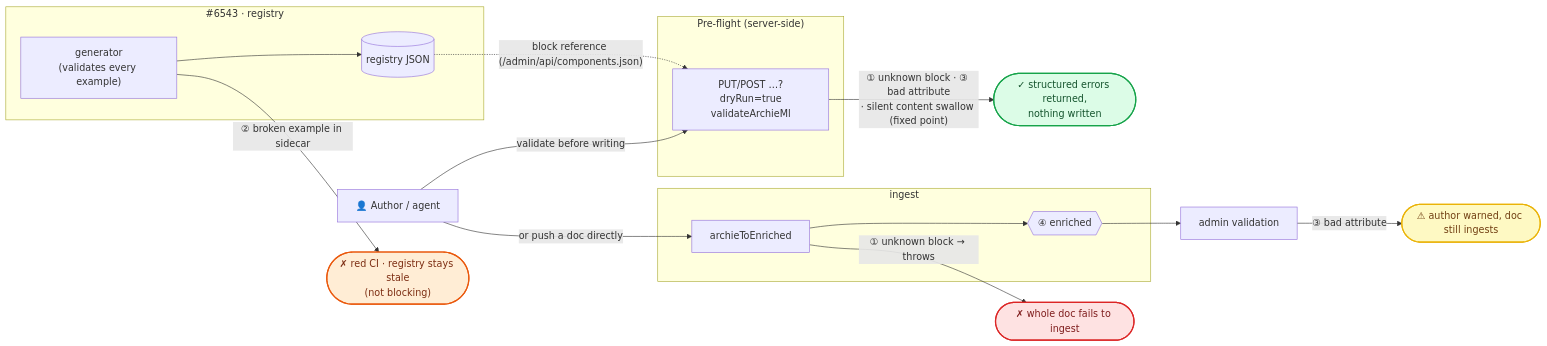
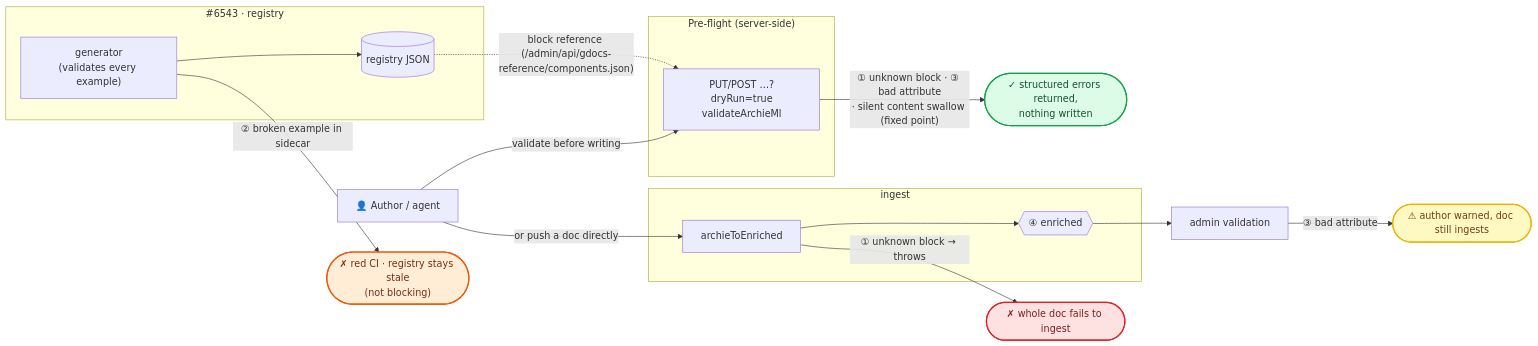
Before and after one commit to owid/owid-grapher: the second of 3 diagrams in docs/gdocs-agent-cms.md, drawn with Mermaid. The commit also changed other lines of this file and 5 other files, not shown here.

First line of the commit message:
🔨 🤖 move the registry endpoints under /gdocs-reference/

````diff
--- a/docs/gdocs-agent-cms.md
+++ b/docs/gdocs-agent-cms.md
@@ -102,40 +102,40 @@
 ```mermaid
 flowchart LR
     Author["👤 Author / agent"]
 
     subgraph GUARD["Pre-flight (server-side)"]
         DryRun["PUT/POST …?dryRun=true<br/>validateArchieMl"]
     end
 
     subgraph BUILD["#6543 · registry"]
         Gen["generator<br/>(validates every example)"] --> Reg[("registry JSON")]
     end
 
     subgraph PIPE["ingest"]
         Parse["archieToEnriched"]
         Enr{{"④ enriched"}}
     end
 
     AdminVal["admin validation"]
 
     Caught(["✓ structured errors returned,<br/>nothing written"]):::safe
     Stale(["✗ red CI · registry stays stale<br/>(not blocking)"]):::gate
     Abort(["✗ whole doc fails to ingest"]):::fail
     Warn(["⚠ author warned, doc still ingests"]):::warn
 
     Author -->|"validate before writing"| DryRun
     Author -->|"or push a doc directly"| Parse
-    Reg -.->|"block reference (/admin/api/components.json)"| DryRun
+    Reg -.->|"block reference (/admin/api/gdocs-reference/components.json)"| DryRun
     Parse --> Enr
     Enr --> AdminVal
 
     DryRun -->|"① unknown block · ③ bad attribute<br/>· silent content swallow (fixed point)"| Caught
     Gen -->|"② broken example in sidecar"| Stale
     Parse -->|"① unknown block → throws"| Abort
     AdminVal -->|"③ bad attribute"| Warn
 
     classDef safe fill:#dcfce7,stroke:#16a34a,color:#14532d,stroke-width:2px;
     classDef gate fill:#ffedd5,stroke:#ea580c,color:#7c2d12,stroke-width:2px;
     classDef fail fill:#fee2e2,stroke:#dc2626,color:#7f1d1d,stroke-width:2px;
     classDef warn fill:#fef9c3,stroke:#eab308,color:#713f12,stroke-width:2px;
 ```
````
